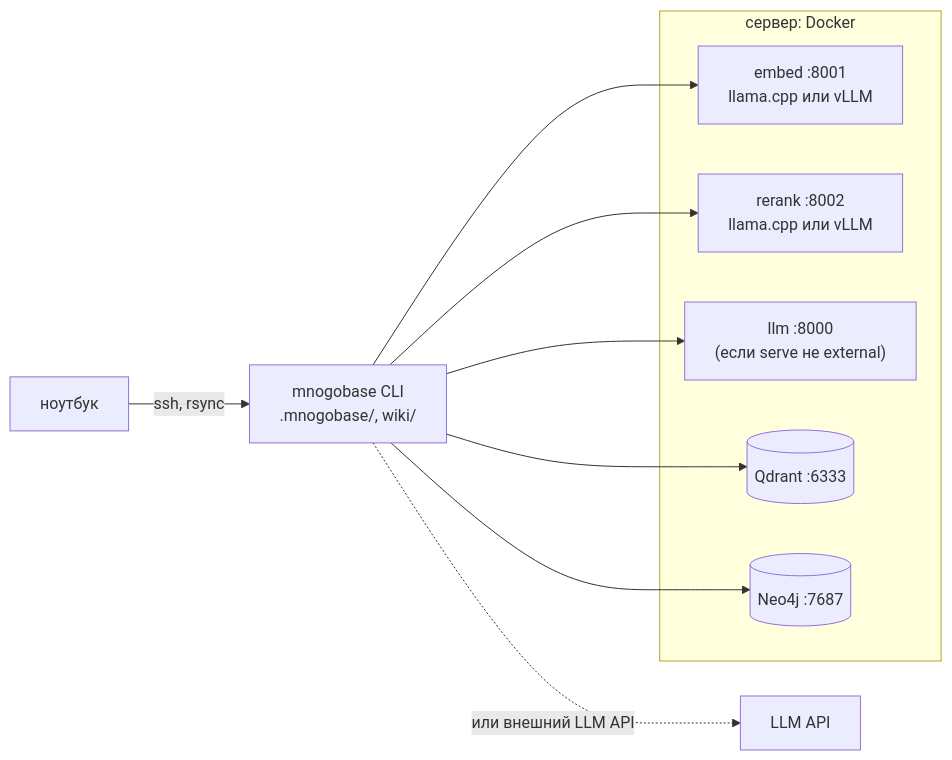
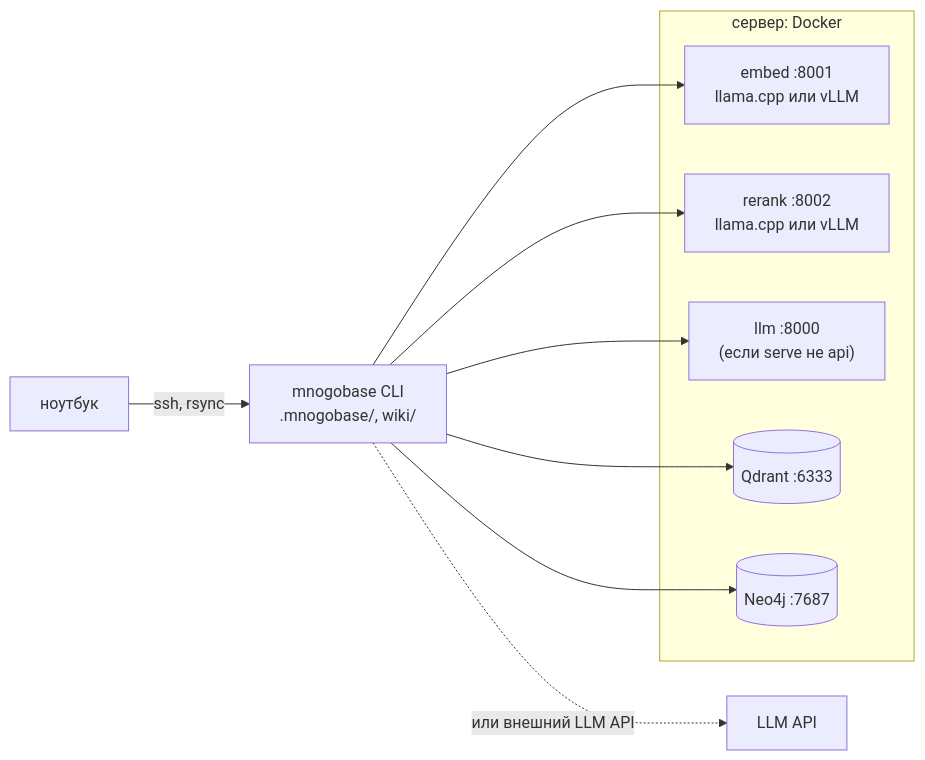
One commit to 000p1umDiesel/Atlas changed diagram 11 of 11 in README.md. Above: the diagram before and after it, drawn with Mermaid. The commit also changed other lines of this file and 12 other files, not shown here.

Commit message:
feat: serve api вместо external

````diff
--- a/README.md
+++ b/README.md
@@ -1342,14 +1342,14 @@
 ```mermaid
 flowchart LR
     LAP["ноутбук"] -- "ssh, rsync" --> CLI["mnogobase CLI<br/>.mnogobase/, wiki/"]
     subgraph SRV["сервер: Docker"]
         EMB["embed :8001<br/>llama.cpp или vLLM"]
         RR["rerank :8002<br/>llama.cpp или vLLM"]
-        LLM["llm :8000<br/>(если serve не external)"]
+        LLM["llm :8000<br/>(если serve не api)"]
         QD[("Qdrant :6333")]
         NEO[("Neo4j :7687")]
     end
     CLI --> EMB & RR & QD & NEO
     CLI --> LLM
     CLI -. "или внешний LLM API" .-> API["LLM API"]
 ```
````
